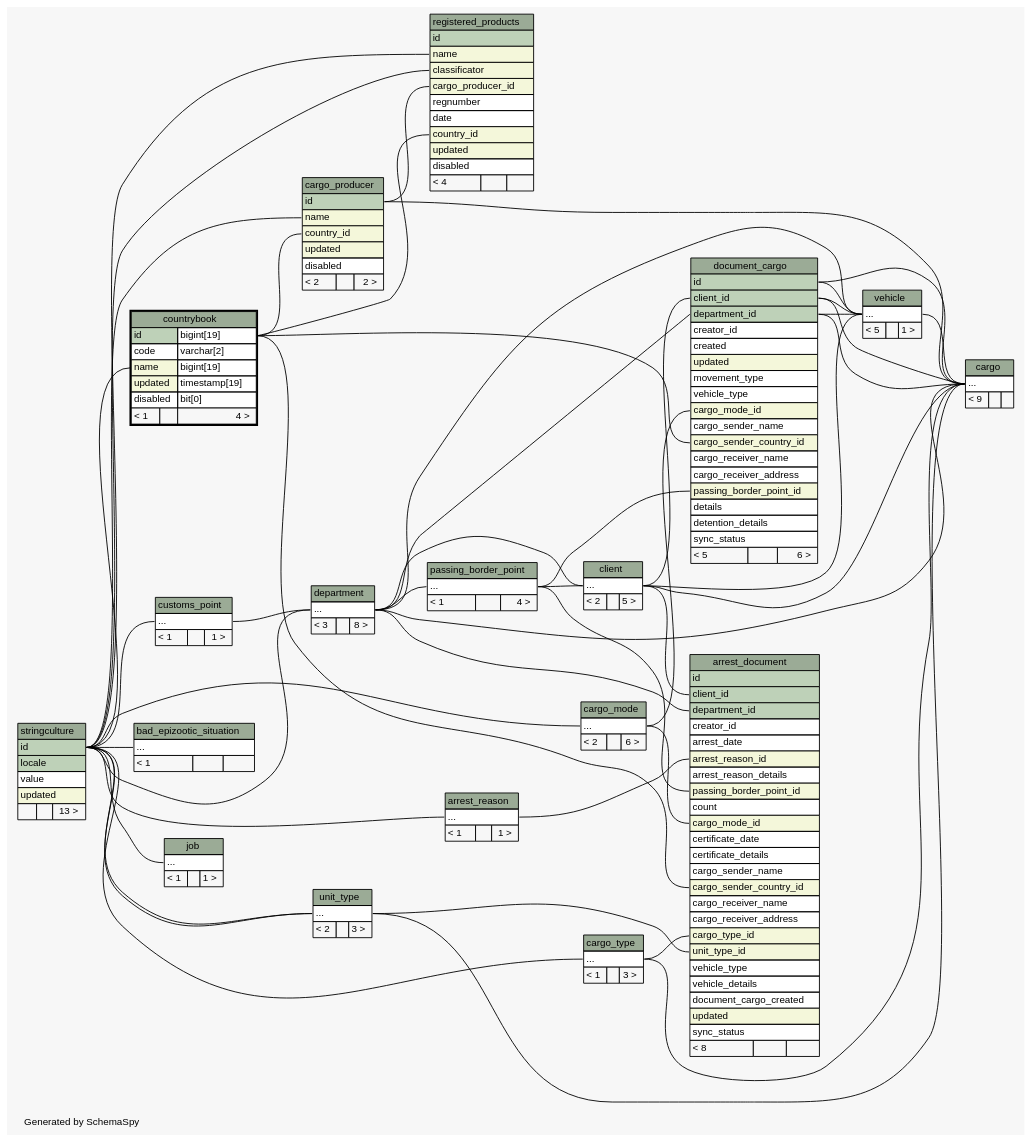
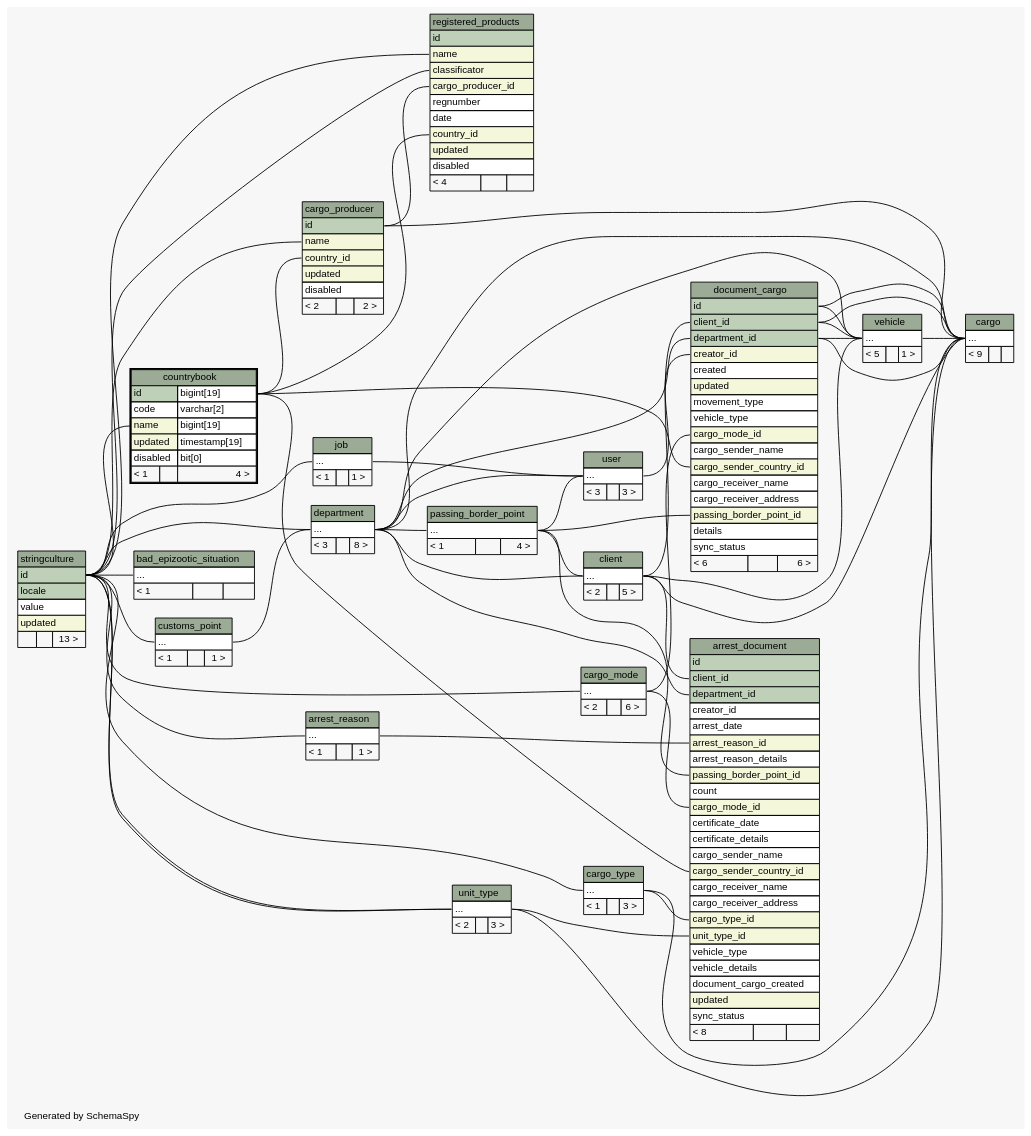
The diagram in docs/db-schema/diagrams/countrybook.2degrees.dot (complitex/vetcontrol), drawn with Graphviz before and after one commit. The commit also changed 141 other files, not shown here.

Commit message:
sql schema documentation was updated.

```diff
--- a/docs/db-schema/diagrams/countrybook.2degrees.dot
+++ b/docs/db-schema/diagrams/countrybook.2degrees.dot
@@ -51,6 +51,7 @@
   "document_cargo":"cargo_mode_id":w -> "cargo_mode":"elipses":e [arrowhead=none arrowtail=crowodot];
   "document_cargo":"cargo_sender_country_id":w -> "countrybook":"id.type":e [arrowhead=none arrowtail=crowodot];
   "document_cargo":"client_id":w -> "client":"elipses":e [arrowhead=none arrowtail=crowodot];
+  "document_cargo":"creator_id":w -> "user":"elipses":e [arrowhead=none arrowtail=crowodot];
   "document_cargo":"department_id":w -> "department":"elipses":e [arrowhead=none arrowtail=crowodot];
   "document_cargo":"passing_border_point_id":w -> "passing_border_point":"elipses":e [arrowhead=none arrowtail=crowodot];
   "job":"elipses":w -> "stringculture":"id":e [arrowhead=none arrowtail=crowodot];
@@ -61,6 +62,9 @@
   "registered_products":"name":w -> "stringculture":"id":e [arrowhead=none arrowtail=crowodot];
   "unit_type":"elipses":w -> "stringculture":"id":e [arrowhead=none arrowtail=crowodot];
   "unit_type":"elipses":w -> "stringculture":"id":e [arrowhead=none arrowtail=crowodot];
+  "user":"elipses":w -> "department":"elipses":e [arrowhead=none arrowtail=crowodot];
+  "user":"elipses":w -> "job":"elipses":e [arrowhead=none arrowtail=crowodot];
+  "user":"elipses":w -> "passing_border_point":"elipses":e [arrowhead=none arrowtail=crowodot];
   "vehicle":"elipses":w -> "client":"elipses":e [arrowhead=none arrowtail=crowodot];
   "vehicle":"elipses":w -> "document_cargo":"client_id":e [arrowhead=none arrowtail=crowodot];
   "vehicle":"elipses":w -> "department":"elipses":e [arrowhead=none arrowtail=crowodot];
@@ -213,7 +217,7 @@
       <TR><TD PORT="id" COLSPAN="3" BGCOLOR="#bed1b8" ALIGN="LEFT">id</TD></TR>
       <TR><TD PORT="client_id" COLSPAN="3" BGCOLOR="#bed1b8" ALIGN="LEFT">client_id</TD></TR>
       <TR><TD PORT="department_id" COLSPAN="3" BGCOLOR="#bed1b8" ALIGN="LEFT">department_id</TD></TR>
-      <TR><TD PORT="creator_id" COLSPAN="3" ALIGN="LEFT">creator_id</TD></TR>
+      <TR><TD PORT="creator_id" COLSPAN="3" BGCOLOR="#f4f7da" ALIGN="LEFT">creator_id</TD></TR>
       <TR><TD PORT="created" COLSPAN="3" ALIGN="LEFT">created</TD></TR>
       <TR><TD PORT="updated" COLSPAN="3" BGCOLOR="#f4f7da" ALIGN="LEFT">updated</TD></TR>
       <TR><TD PORT="movement_type" COLSPAN="3" ALIGN="LEFT">movement_type</TD></TR>
@@ -225,9 +229,8 @@
       <TR><TD PORT="cargo_receiver_address" COLSPAN="3" ALIGN="LEFT">cargo_receiver_address</TD></TR>
       <TR><TD PORT="passing_border_point_id" COLSPAN="3" BGCOLOR="#f4f7da" ALIGN="LEFT">passing_border_point_id</TD></TR>
       <TR><TD PORT="details" COLSPAN="3" ALIGN="LEFT">details</TD></TR>
-      <TR><TD PORT="detention_details" COLSPAN="3" ALIGN="LEFT">detention_details</TD></TR>
       <TR><TD PORT="sync_status" COLSPAN="3" ALIGN="LEFT">sync_status</TD></TR>
-      <TR><TD ALIGN="LEFT" BGCOLOR="#f7f7f7">&lt; 5</TD><TD ALIGN="RIGHT" BGCOLOR="#f7f7f7">  </TD><TD ALIGN="RIGHT" BGCOLOR="#f7f7f7">6 &gt;</TD></TR>
+      <TR><TD ALIGN="LEFT" BGCOLOR="#f7f7f7">&lt; 6</TD><TD ALIGN="RIGHT" BGCOLOR="#f7f7f7">  </TD><TD ALIGN="RIGHT" BGCOLOR="#f7f7f7">6 &gt;</TD></TR>
     </TABLE>>
     URL="document_cargo.html"
     tooltip="document_cargo"
@@ -293,6 +296,16 @@
     URL="unit_type.html"
     tooltip="unit_type"
   ];
+  "user" [
+    label=<
+    <TABLE BORDER="0" CELLBORDER="1" CELLSPACING="0" BGCOLOR="#ffffff">
+      <TR><TD COLSPAN="3" BGCOLOR="#9bab96" ALIGN="CENTER">user</TD></TR>
+      <TR><TD PORT="elipses" COLSPAN="3" ALIGN="LEFT">...</TD></TR>
+      <TR><TD ALIGN="LEFT" BGCOLOR="#f7f7f7">&lt; 3</TD><TD ALIGN="RIGHT" BGCOLOR="#f7f7f7">  </TD><TD ALIGN="RIGHT" BGCOLOR="#f7f7f7">3 &gt;</TD></TR>
+    </TABLE>>
+    URL="user.html"
+    tooltip="user"
+  ];
   "vehicle" [
     label=<
     <TABLE BORDER="0" CELLBORDER="1" CELLSPACING="0" BGCOLOR="#ffffff">
```
